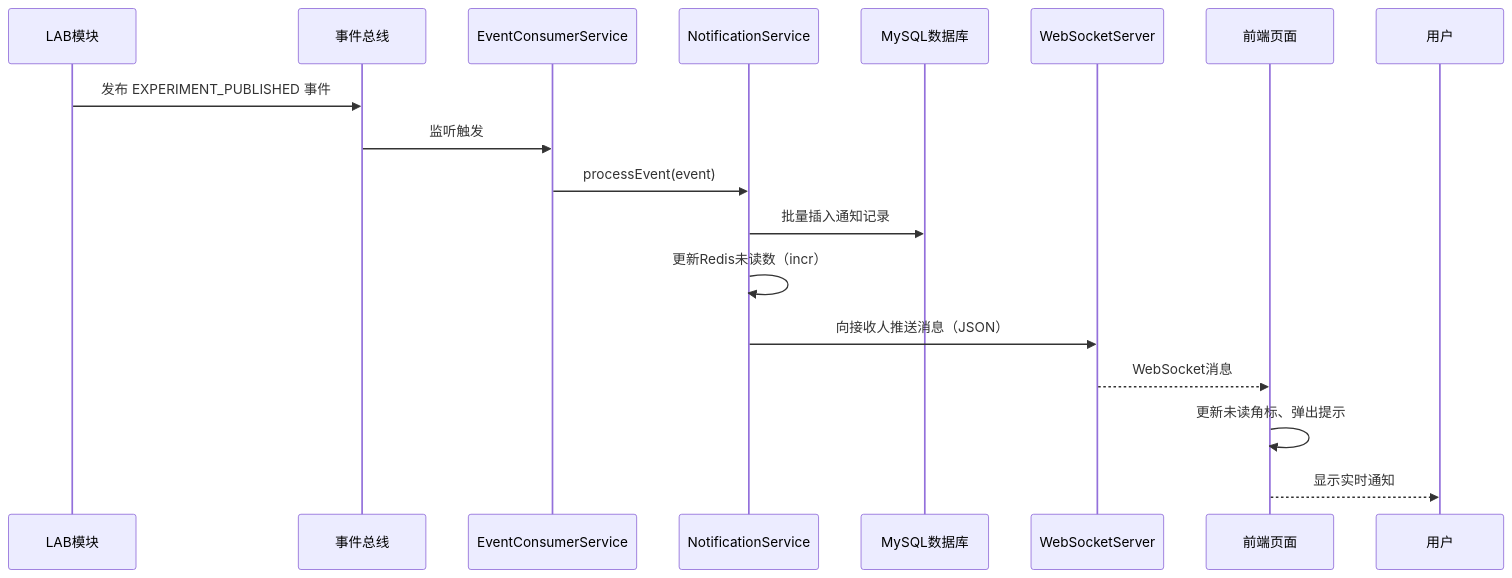
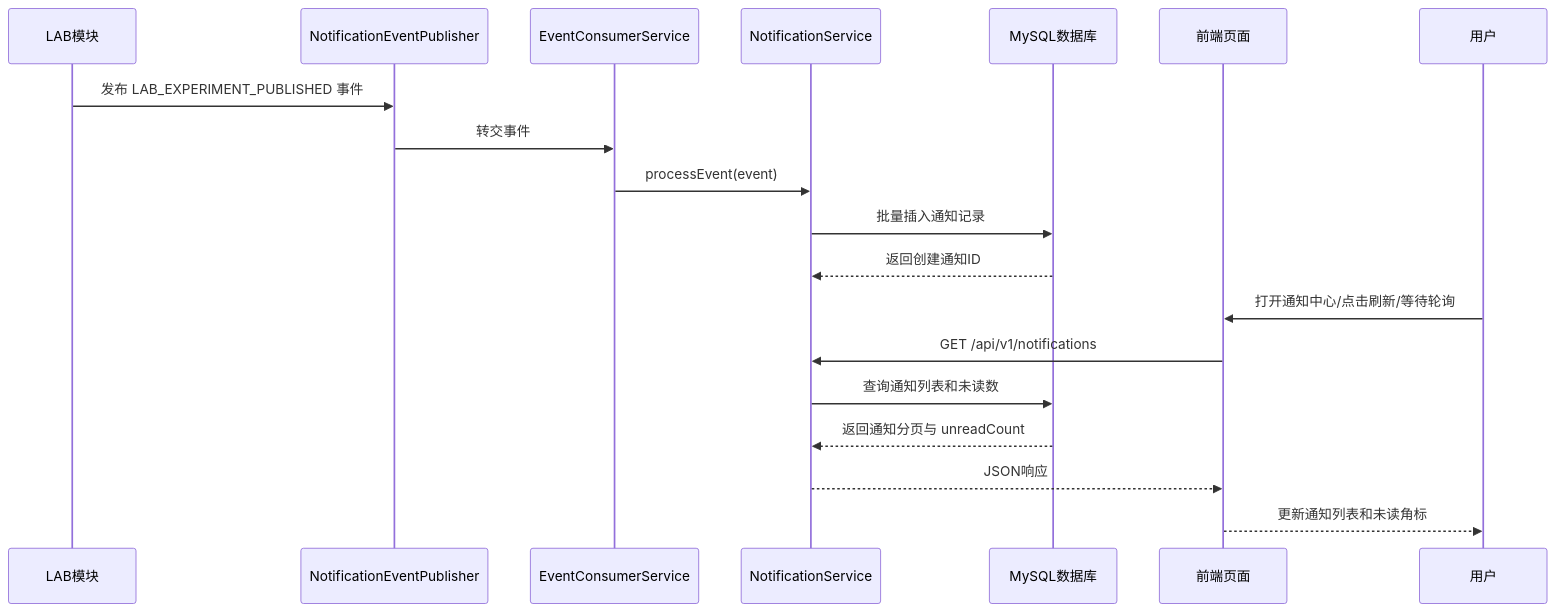
One commit to Cr4zyorange/OnlineJudge changed diagram 23 of 50 in docs/最终提交/软件详细设计说明书.md. Above: the diagram before and after it, drawn with Mermaid. The commit also changed other lines of this file and 12 other files, not shown here.

````diff
--- a/docs/最终提交/软件详细设计说明书.md
+++ b/docs/最终提交/软件详细设计说明书.md
@@ -1775,21 +2063,22 @@
 ```mermaid
 sequenceDiagram
     participant LAB as LAB模块
-    participant Event as 事件总线
+    participant Event as NotificationEventPublisher
     participant EC as EventConsumerService
     participant NS as NotificationService
     participant DB as MySQL数据库
-    participant WS as WebSocketServer
     participant FE as 前端页面
     participant U as 用户
 
-    LAB->>Event: 发布 EXPERIMENT_PUBLISHED 事件
-    Event->>EC: 监听触发
+    LAB->>Event: 发布 LAB_EXPERIMENT_PUBLISHED 事件
+    Event->>EC: 转交事件
     EC->>NS: processEvent(event)
     NS->>DB: 批量插入通知记录
-    NS->>NS: 更新Redis未读数（incr）
-    NS->>WS: 向接收人推送消息（JSON）
-    WS-->>FE: WebSocket消息
-    FE->>FE: 更新未读角标、弹出提示
-    FE-->>U: 显示实时通知
+    DB-->>NS: 返回创建通知ID
+    U->>FE: 打开通知中心/点击刷新/等待轮询
+    FE->>NS: GET /api/v1/notifications
+    NS->>DB: 查询通知列表和未读数
+    DB-->>NS: 返回通知分页与 unreadCount
+    NS-->>FE: JSON响应
+    FE-->>U: 更新通知列表和未读角标
 ```
````
